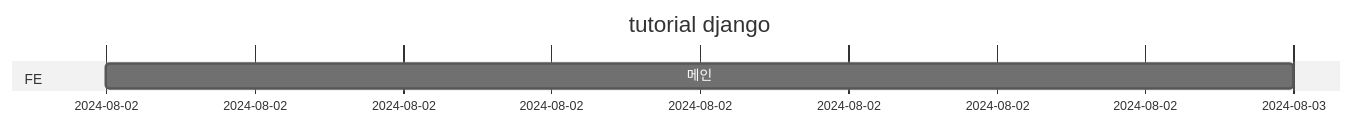
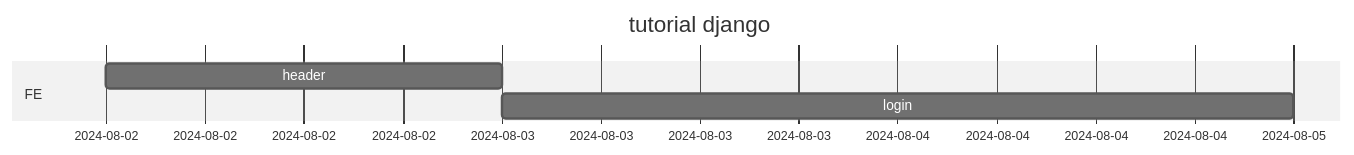
One commit to gustn1029/openMarket changed the diagram in README.md. Above: the diagram before and after it, drawn with Mermaid (neutral theme). The commit also changed other lines of this file, not shown here.

````diff
--- a/README.md
+++ b/README.md
@@ -45,7 +61,8 @@
 ```mermaid
 gantt
     title tutorial django
     dateFormat YY-MM-DD
     section FE
-        메인    :2024-08-02, 1d
+        header    :2024-08-02, 1d
+        login    :2024-08-03, 2d
 ```
````
